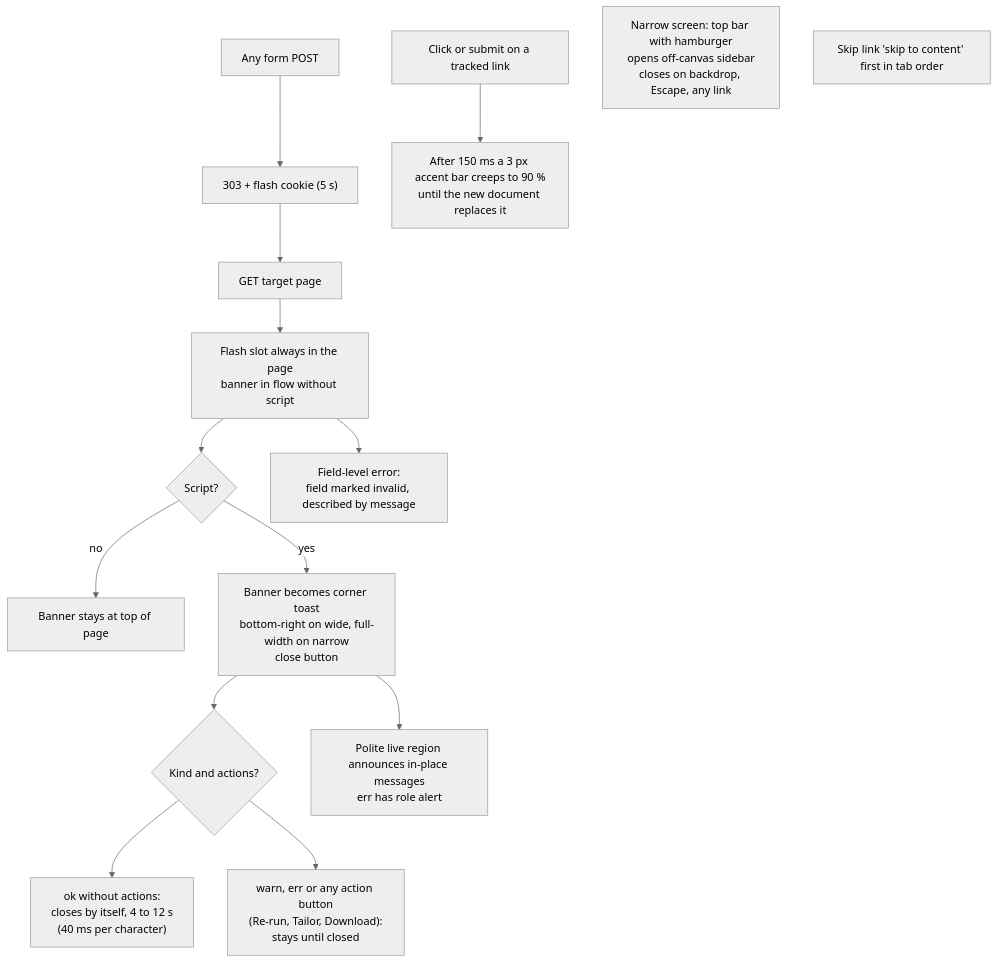
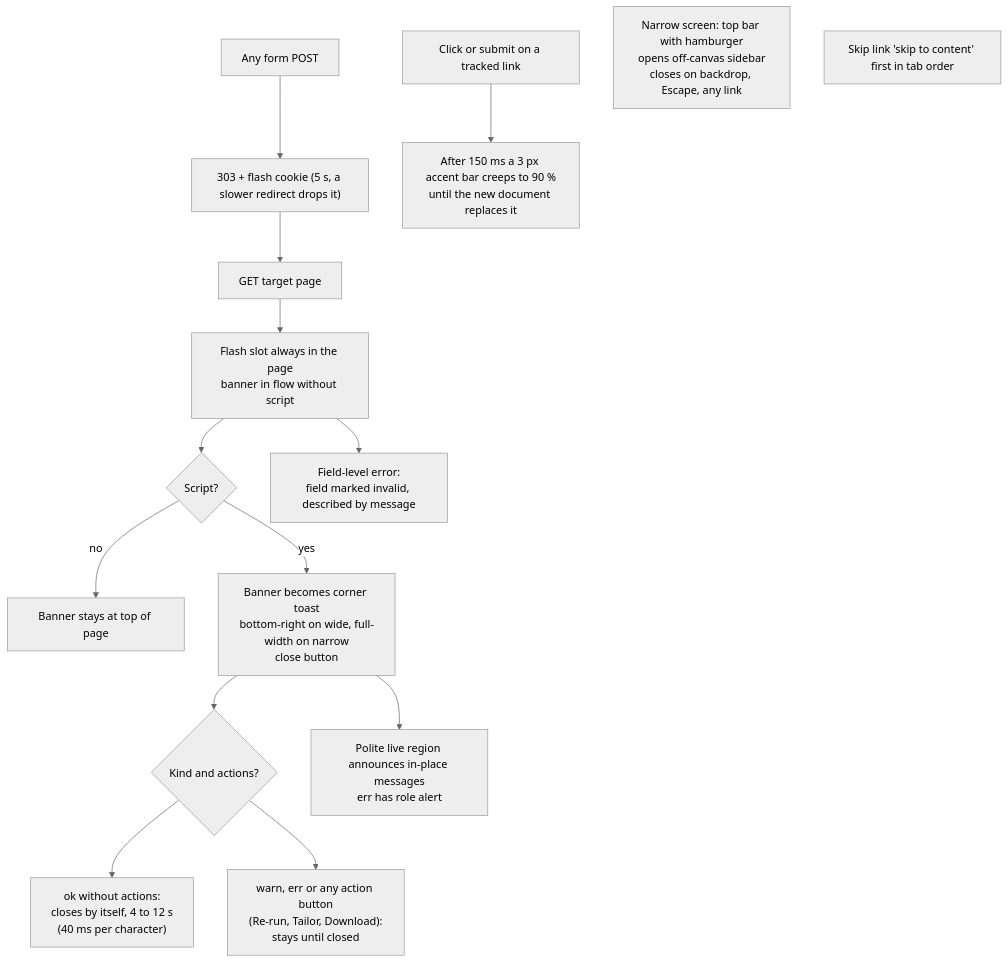
Diagram 18 of 23 in decomp/10c-ui-flows-screening-admin-chrome.md (robert-hernandez-cenk/applypack), drawn with Mermaid (neutral theme) before and after one commit. The commit also changed other lines of this file and 1 other file, not shown here.

Commit message:
correct flow docs from source

````diff
--- a/decomp/10c-ui-flows-screening-admin-chrome.md
+++ b/decomp/10c-ui-flows-screening-admin-chrome.md
@@ -829,27 +829,27 @@
 ```mermaid
 flowchart TD
   POST["Any form POST"]
-  PRG["303 + flash cookie (5 s)"]
+  PRG["303 + flash cookie (5 s, a slower redirect drops it)"]
   GET["GET target page"]
   SLOT["Flash slot always in the page<br/>banner in flow without script"]
   JS{"Script?"}
   BAN["Banner stays at top of page"]
   TOAST["Banner becomes corner toast<br/>bottom-right on wide, full-width on narrow<br/>close button"]
   K{"Kind and actions?"}
   AUTO["ok without actions:<br/>closes by itself, 4 to 12 s<br/>(40 ms per character)"]
   STICK["warn, err or any action button<br/>(Re-run, Tailor, Download):<br/>stays until closed"]
   FLD["Field-level error:<br/>field marked invalid, described by message"]
   ANN["Polite live region announces in-place messages<br/>err has role alert"]
   NAVC["Click or submit on a tracked link"]
   BAR["After 150 ms a 3 px accent bar creeps to 90 %<br/>until the new document replaces it"]
   MOB["Narrow screen: top bar with hamburger<br/>opens off-canvas sidebar<br/>closes on backdrop, Escape, any link"]
   SK["Skip link 'skip to content' first in tab order"]
   POST --> PRG --> GET --> SLOT --> JS
   JS -->|"no"| BAN
   JS -->|"yes"| TOAST --> K
   K --> AUTO
   K --> STICK
   SLOT --> FLD
   TOAST --> ANN
   NAVC --> BAR
 ```
````
